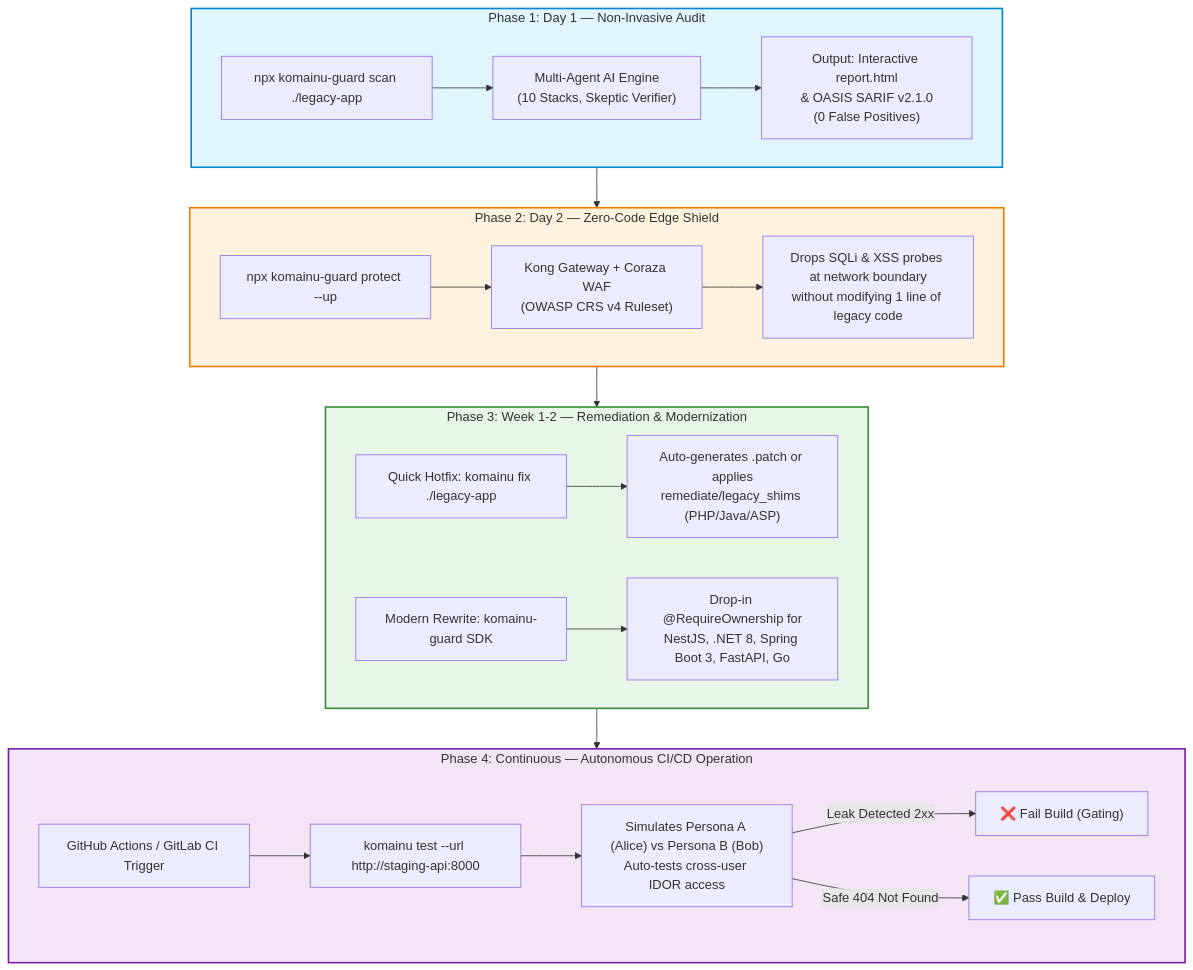
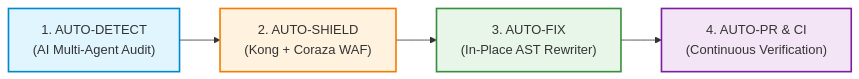
The first of 2 diagrams in README.md (hoanghainh1188/komagu), drawn with Mermaid before and after one commit. The commit also changed other lines of this file and 7 other files, not shown here.

````diff
--- a/README.md
+++ b/README.md
@@ -34,31 +20,11 @@
 ```mermaid
-flowchart TD
-    subgraph S1["Phase 1: Day 1 — Non-Invasive Audit"]
-        A1["npx komainu-guard scan ./legacy-app"] --> A2["Multi-Agent AI Engine<br/>(10 Stacks, Skeptic Verifier)"]
-        A2 --> A3["Output: Interactive report.html<br/>& OASIS SARIF v2.1.0<br/>(0 False Positives)"]
-    end
-
-    subgraph S2["Phase 2: Day 2 — Zero-Code Edge Shield"]
-        B1["npx komainu-guard protect --up"] --> B2["Kong Gateway + Coraza WAF<br/>(OWASP CRS v4 Ruleset)"]
-        B2 --> B3["Drops SQLi & XSS probes at network boundary<br/>without modifying 1 line of legacy code"]
-    end
-
-    subgraph S3["Phase 3: Week 1-2 — Remediation & Modernization"]
-        C1["Quick Hotfix: komainu fix ./legacy-app"] --> C2["Auto-generates .patch or applies<br/>remediate/legacy_shims (PHP/Java/ASP)"]
-        C3["Modern Rewrite: komainu-guard SDK"] --> C4["Drop-in @RequireOwnership for<br/>NestJS, .NET 8, Spring Boot 3, FastAPI, Go"]
-    end
-
-    subgraph S4["Phase 4: Continuous — Autonomous CI/CD Operation"]
-        D1["GitHub Actions / GitLab CI Trigger"] --> D2["komainu test --url http://staging-api:8000"]
-        D2 --> D3["Simulates Persona A (Alice) vs Persona B (Bob)<br/>Auto-tests cross-user IDOR access"]
-        D3 -->|Leak Detected 2xx| D4["❌ Fail Build (Gating)"]
-        D3 -->|Safe 404 Not Found| D5["✅ Pass Build & Deploy"]
-    end
-
-    S1 --> S2 --> S3 --> S4
+flowchart LR
+    A["1. AUTO-DETECT<br/>(AI Multi-Agent Audit)"] --> B["2. AUTO-SHIELD<br/>(Kong + Coraza WAF)"]
+    B --> C["3. AUTO-FIX<br/>(In-Place AST Rewriter)"]
+    C --> D["4. AUTO-PR & CI<br/>(Continuous Verification)"]
     
-    style S1 fill:#e1f5fe,stroke:#0288d1,stroke-width:2px
-    style S2 fill:#fff3e0,stroke:#f57c00,stroke-width:2px
-    style S3 fill:#e8f5e9,stroke:#388e3c,stroke-width:2px
-    style S4 fill:#f3e5f5,stroke:#7b1fa2,stroke-width:2px
+    style A fill:#e1f5fe,stroke:#0288d1,stroke-width:2px
+    style B fill:#fff3e0,stroke:#f57c00,stroke-width:2px
+    style C fill:#e8f5e9,stroke:#388e3c,stroke-width:2px
+    style D fill:#f3e5f5,stroke:#7b1fa2,stroke-width:2px
 ```
````
